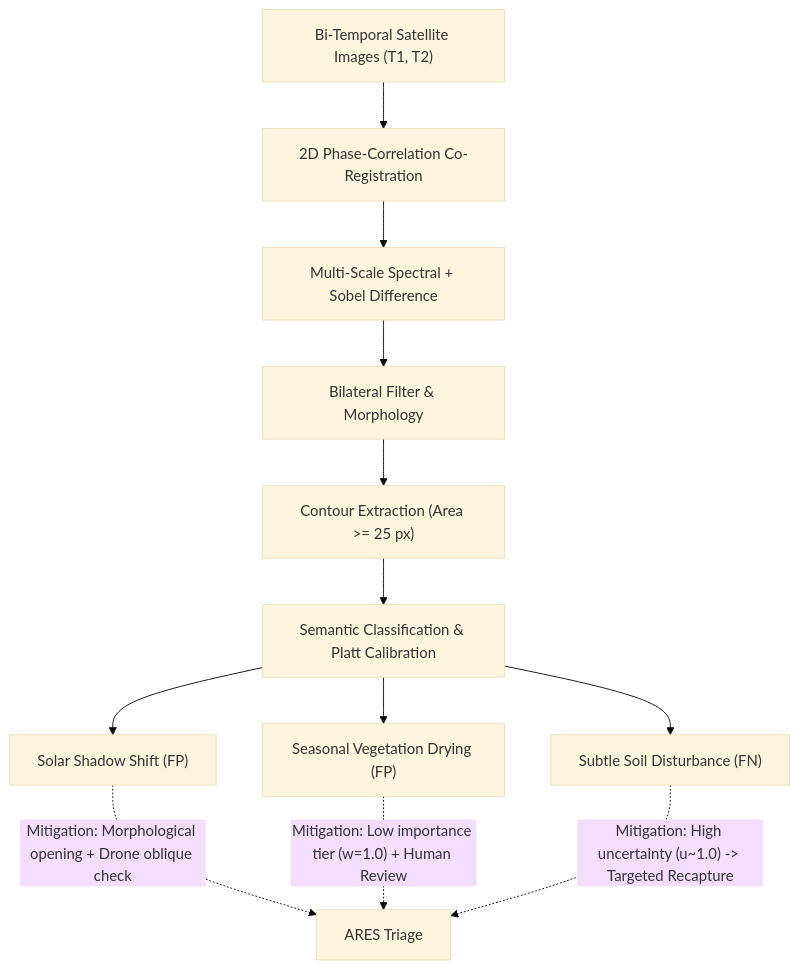
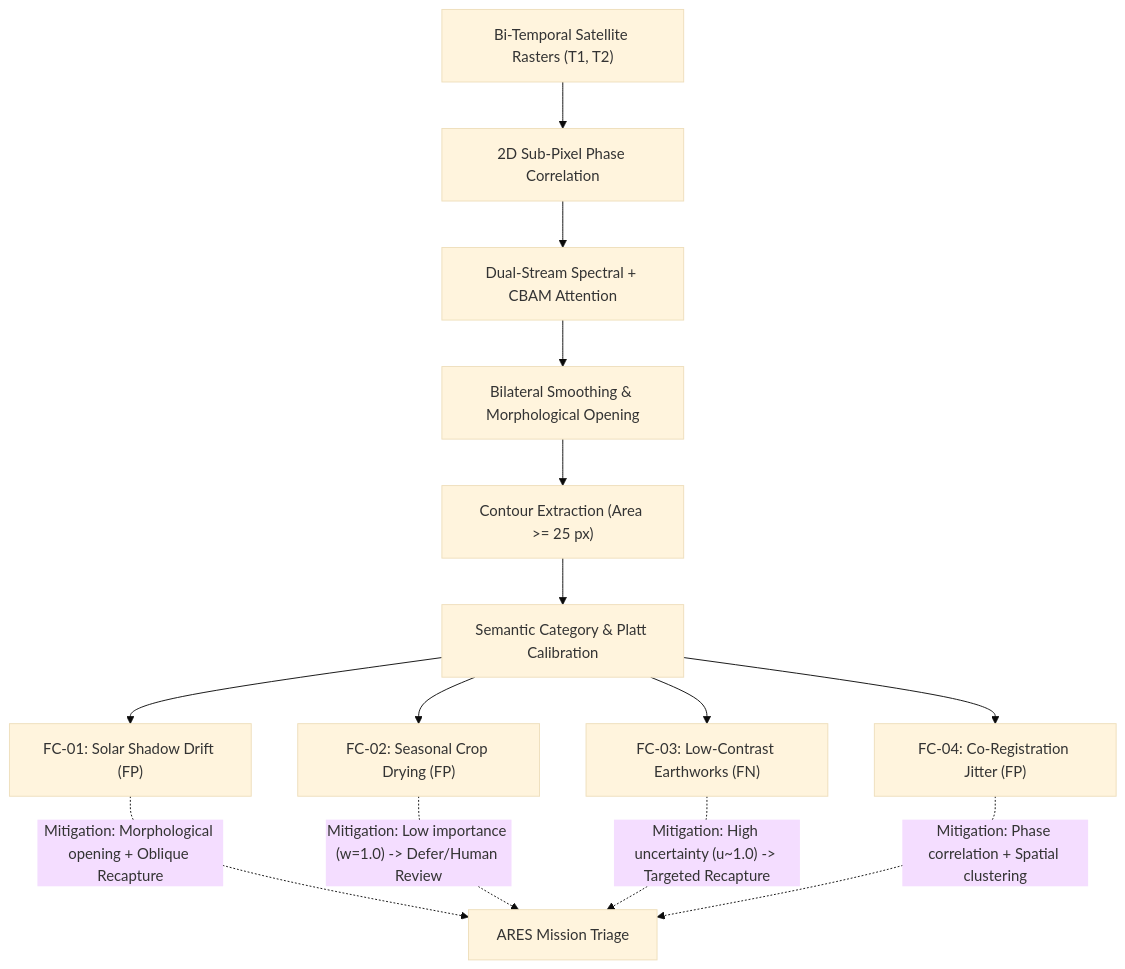
Before and after one commit to Aditya-dxt/ORBITRA: the diagram in SatQuery/docs/EVALUATION_REPORT.md, drawn with Mermaid (base theme). The commit also changed other lines of this file and 5 other files, not shown here.

Commit message:
feat(satquery): add reliability diagram generator, multi-model ablation, and updated evaluation report

````diff
--- a/SatQuery/docs/EVALUATION_REPORT.md
+++ b/SatQuery/docs/EVALUATION_REPORT.md
@@ -62,16 +115,18 @@
 ```mermaid
 flowchart TD
-    Raw["Bi-Temporal Satellite Images (T1, T2)"] --> Reg["2D Phase-Correlation Co-Registration"]
-    Reg --> Diff["Multi-Scale Spectral + Sobel Difference"]
-    Diff --> Filter["Bilateral Filter & Morphology"]
+    Raw["Bi-Temporal Satellite Rasters (T1, T2)"] --> Reg["2D Sub-Pixel Phase Correlation"]
+    Reg --> Diff["Dual-Stream Spectral + CBAM Attention"]
+    Diff --> Filter["Bilateral Smoothing & Morphological Opening"]
     Filter --> Contours["Contour Extraction (Area >= 25 px)"]
-    Contours --> Classify["Semantic Classification & Platt Calibration"]
+    Contours --> Classify["Semantic Category & Platt Calibration"]
     
-    Classify --> Fail1["Solar Shadow Shift (FP)"]
-    Classify --> Fail2["Seasonal Vegetation Drying (FP)"]
-    Classify --> Fail3["Subtle Soil Disturbance (FN)"]
+    Classify --> FC01["FC-01: Solar Shadow Drift (FP)"]
+    Classify --> FC02["FC-02: Seasonal Crop Drying (FP)"]
+    Classify --> FC03["FC-03: Low-Contrast Earthworks (FN)"]
+    Classify --> FC04["FC-04: Co-Registration Jitter (FP)"]
     
-    Fail1 -.->|"Mitigation: Morphological opening + Drone oblique check"| ARES["ARES Triage"]
-    Fail2 -.->|"Mitigation: Low importance tier (w=1.0) + Human Review"| ARES
-    Fail3 -.->|"Mitigation: High uncertainty (u~1.0) -> Targeted Recapture"| ARES
+    FC01 -.->|"Mitigation: Morphological opening + Oblique Recapture"| ARES["ARES Mission Triage"]
+    FC02 -.->|"Mitigation: Low importance (w=1.0) -> Defer/Human Review"| ARES
+    FC03 -.->|"Mitigation: High uncertainty (u~1.0) -> Targeted Recapture"| ARES
+    FC04 -.->|"Mitigation: Phase correlation + Spatial clustering"| ARES
 ```
````
